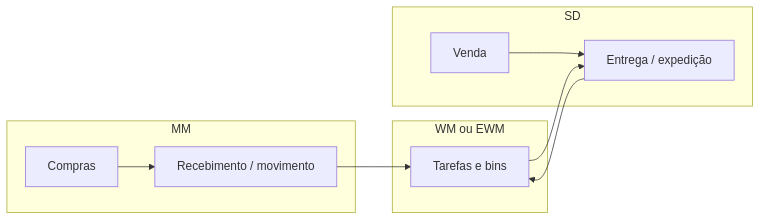
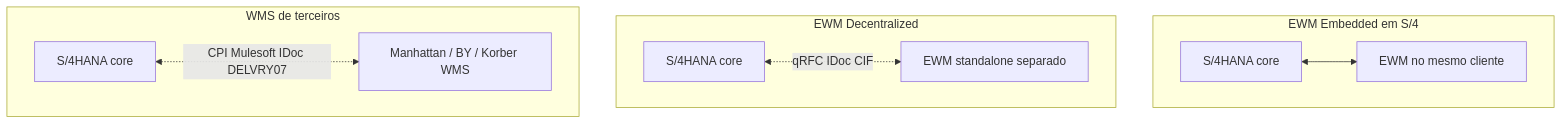
The third of 3 diagrams in aulas/trilha-tecnologia-e-sistemas/modulo-05-sap-logistica-mm-sd-wm/aula-01-mapa-mm-sd-wm-cadeia.md (cleberhensel/logisticon-academy), drawn with Mermaid before and after one commit. The commit also changed other lines of this file and 122 other files, not shown here.

````diff
--- a/aulas/trilha-tecnologia-e-sistemas/modulo-05-sap-logistica-mm-sd-wm/aula-01-mapa-mm-sd-wm-cadeia.md
+++ b/aulas/trilha-tecnologia-e-sistemas/modulo-05-sap-logistica-mm-sd-wm/aula-01-mapa-mm-sd-wm-cadeia.md
@@ -32,17 +218,18 @@
 ```mermaid
-flowchart LR
-  subgraph mm["MM"]
-    C[Compras]
-    R[Recebimento / movimento]
+flowchart TB
+  subgraph e["EWM Embedded em S/4"]
+    S1[S/4HANA core]
+    E1[EWM no mesmo cliente]
+    S1 <--> E1
   end
-  subgraph wm["WM ou EWM"]
-    A[Tarefas e bins]
+  subgraph d["EWM Decentralized"]
+    S2[S/4HANA core]
+    E2[EWM standalone separado]
+    S2 <-. qRFC IDoc CIF .-> E2
   end
-  subgraph sd["SD"]
-    V[Venda]
-    E[Entrega / expedição]
+  subgraph t["WMS de terceiros"]
+    S3[S/4HANA core]
+    W3[Manhattan / BY / Korber WMS]
+    S3 <-. CPI Mulesoft IDoc DELVRY07 .-> W3
   end
-  C --> R --> A
-  V --> E --> A
-  A --> E
 ```
````
